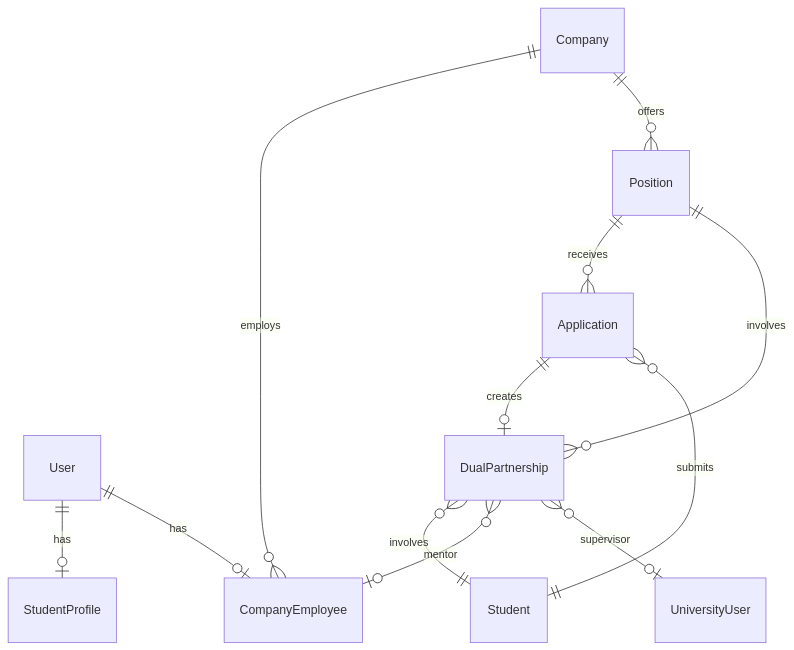
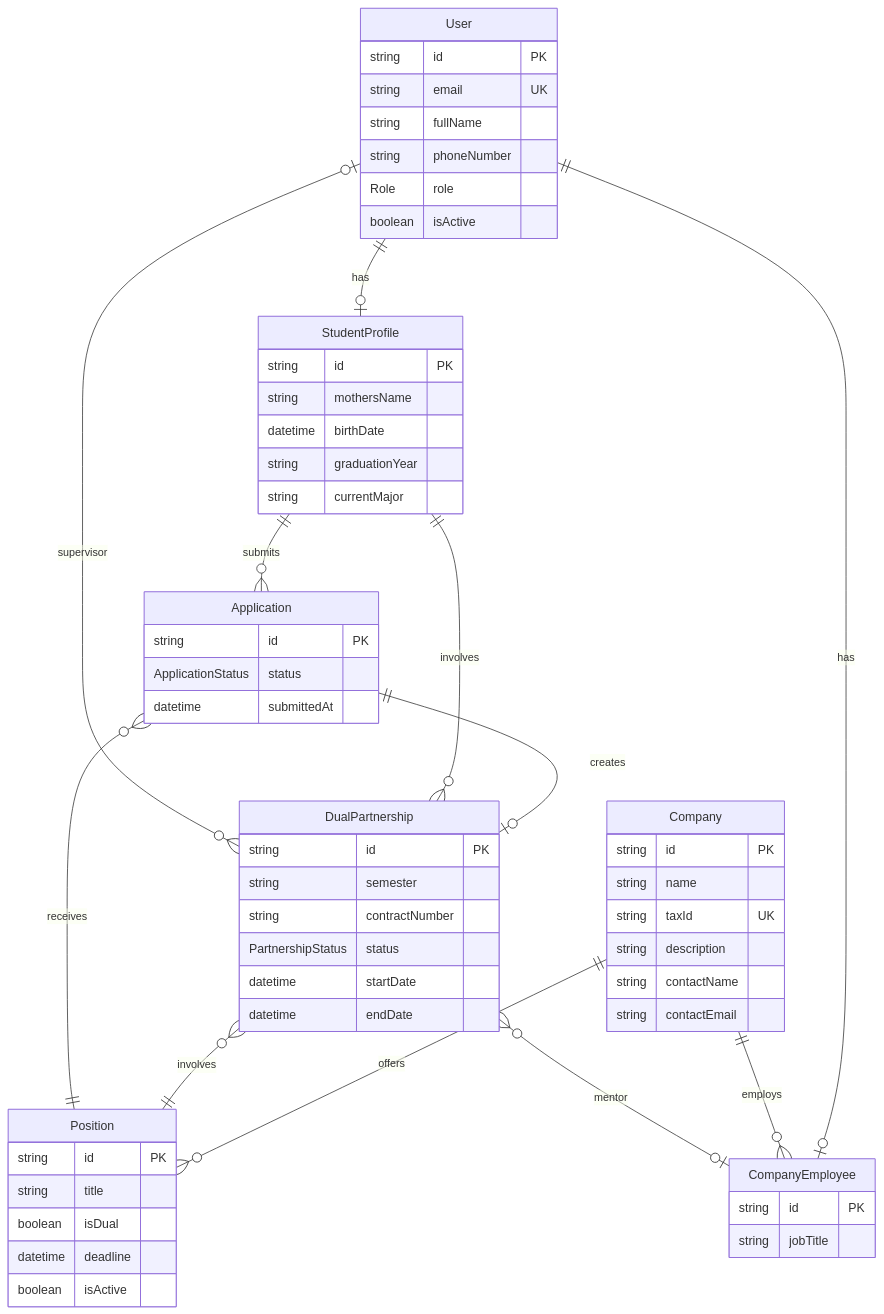
The first of 8 diagrams in README.md (DrozsdikAdam/dual-kepzes-backend), drawn with Mermaid before and after one commit. The commit also changed 1 other file, not shown here.

Commit message:
adding some examples and modifiing the er diagram

````diff
--- a/README.md
+++ b/README.md
@@ -150,14 +150,62 @@
 ```mermaid
 erDiagram
+    User {
+        string id PK
+        string email UK
+        string fullName
+        string phoneNumber
+        Role role
+        boolean isActive
+    }
+    StudentProfile {
+        string id PK
+        string mothersName
+        datetime birthDate
+        string graduationYear
+        string currentMajor
+    }
+    Company {
+        string id PK
+        string name
+        string taxId UK
+        string description
+        string contactName
+        string contactEmail
+    }
+    CompanyEmployee {
+        string id PK
+        string jobTitle
+    }
+    Position {
+        string id PK
+        string title
+        boolean isDual
+        datetime deadline
+        boolean isActive
+    }
+    Application {
+        string id PK
+        ApplicationStatus status
+        datetime submittedAt
+    }
+    DualPartnership {
+        string id PK
+        string semester
+        string contractNumber
+        PartnershipStatus status
+        datetime startDate
+        datetime endDate
+    }
+
     User ||--o| StudentProfile : has
     User ||--o| CompanyEmployee : has
     Company ||--o{ CompanyEmployee : employs
     Company ||--o{ Position : offers
-    Student ||--o{ Application : submits
+    StudentProfile ||--o{ Application : submits
     Position ||--o{ Application : receives
     Application ||--o| DualPartnership : creates
-    DualPartnership }o--|| Student : involves
+    DualPartnership }o--|| StudentProfile : involves
     DualPartnership }o--|| Position : involves
     DualPartnership }o--o| CompanyEmployee : mentor
-    DualPartnership }o--o| UniversityUser : supervisor
+    DualPartnership }o--o| User : supervisor
 ```
````
